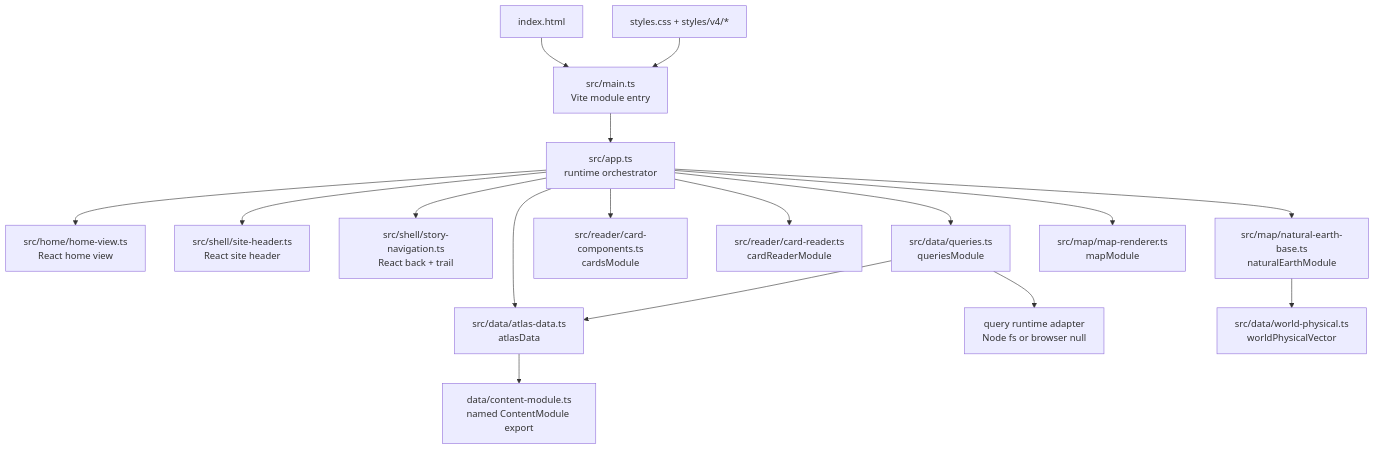
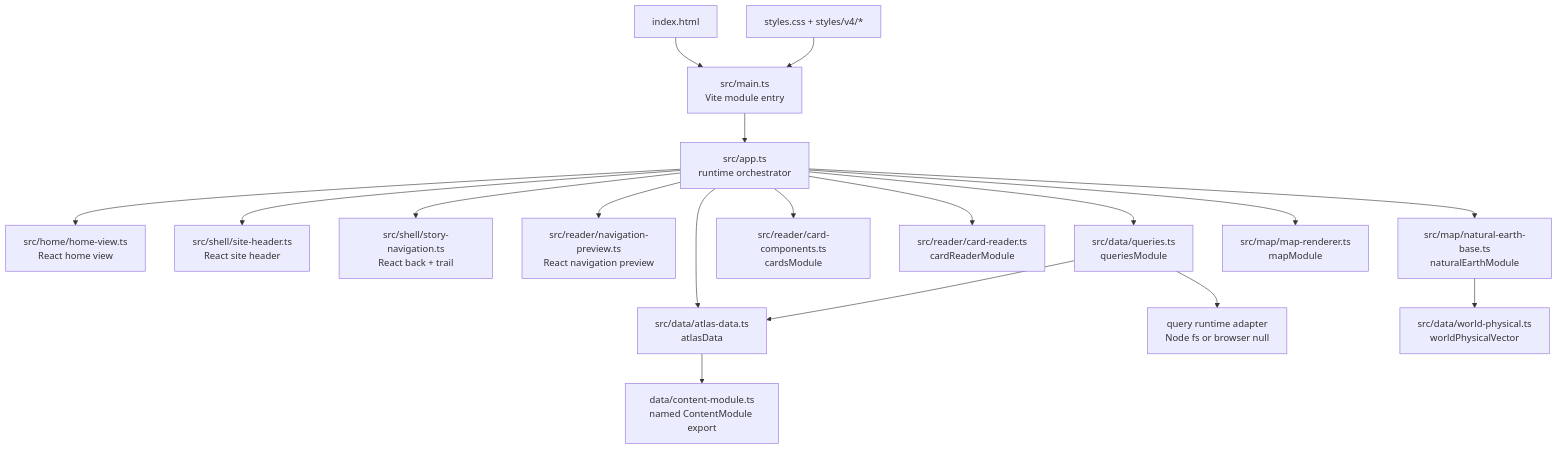
One commit to jiaxun-li/civilization-wander changed the first of 4 diagrams in docs/ARCHITECTURE_AND_DATA_MODEL.md. Above: the diagram before and after it, drawn with Mermaid. The commit also changed other lines of this file and 8 other files, not shown here.

Commit message:
Migrate navigation previews to React

````diff
--- a/docs/ARCHITECTURE_AND_DATA_MODEL.md
+++ b/docs/ARCHITECTURE_AND_DATA_MODEL.md
@@ -33,19 +33,20 @@
 ```mermaid
 flowchart TD
     HTML["index.html"] --> ENTRY["src/main.ts\nVite module entry"]
     ENTRY --> A["src/app.ts\nruntime orchestrator"]
     A --> H["src/home/home-view.ts\nReact home view"]
     A --> SH["src/shell/site-header.ts\nReact site header"]
     A --> SN["src/shell/story-navigation.ts\nReact back + trail"]
+    A --> NP["src/reader/navigation-preview.ts\nReact navigation preview"]
     A --> D["src/data/atlas-data.ts\natlasData"]
     D --> CM["data/content-module.ts\nnamed ContentModule export"]
     Q["src/data/queries.ts\nqueriesModule"] --> D
     Q --> N["query runtime adapter\nNode fs or browser null"]
     A --> Q
     A --> C["src/reader/card-components.ts\ncardsModule"]
     A --> R["src/reader/card-reader.ts\ncardReaderModule"]
     A --> B["src/map/natural-earth-base.ts\nnaturalEarthModule"]
     B --> WP["src/data/world-physical.ts\nworldPhysicalVector"]
     A --> M["src/map/map-renderer.ts\nmapModule"]
     CSS["styles.css + styles/v4/*"] --> ENTRY
 ```
````
